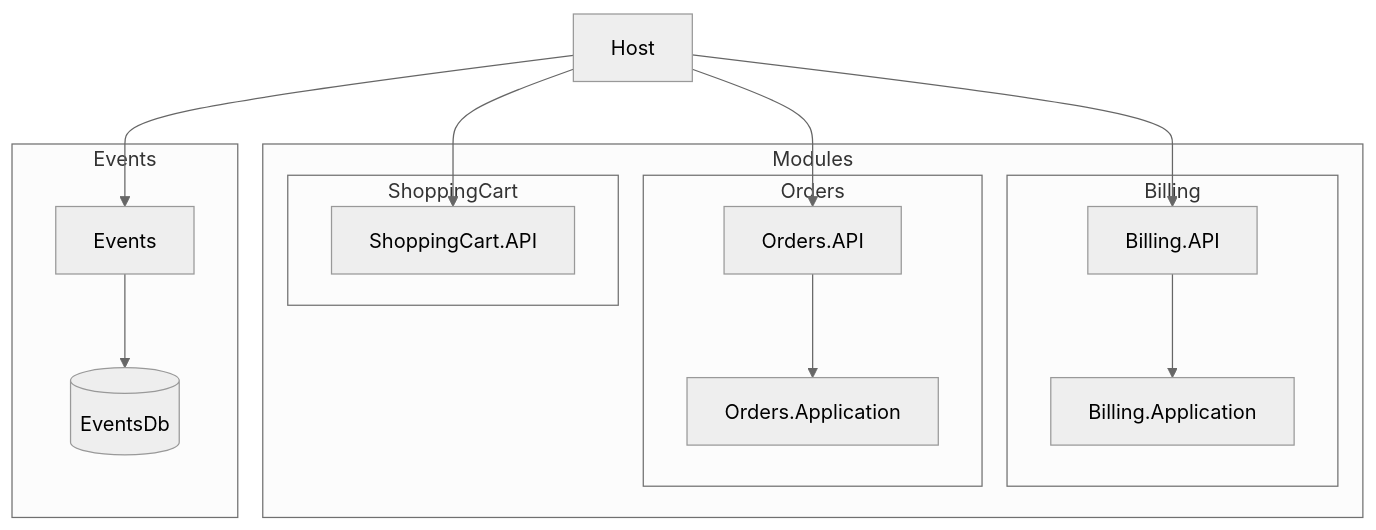
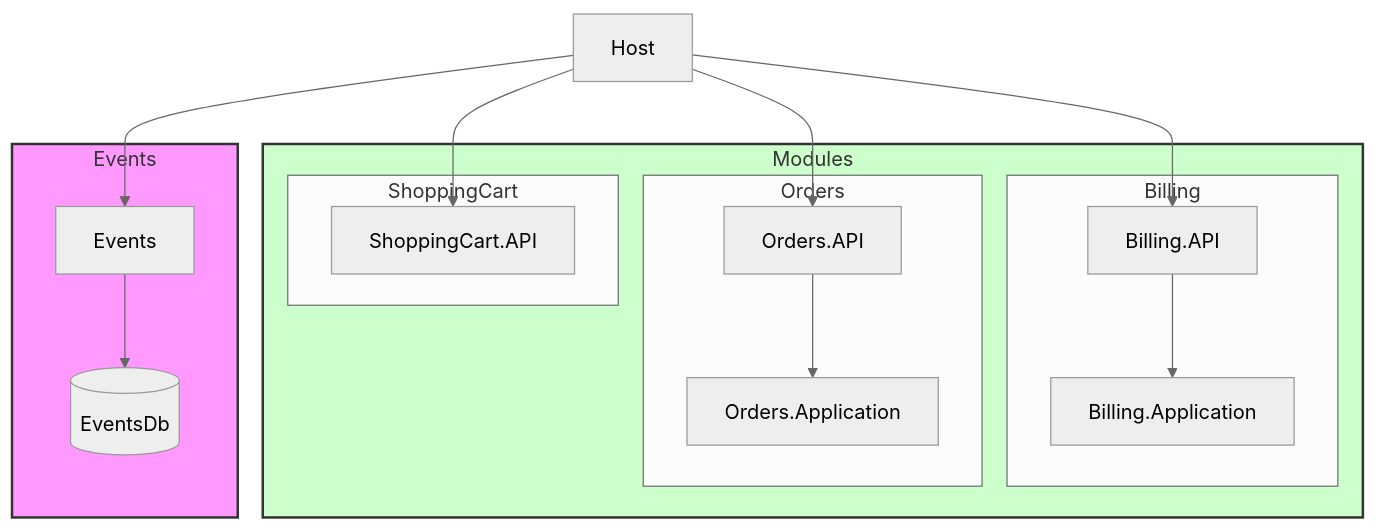
One commit to RobertoFreireDev/ECOMMERCE changed the diagram in README.md. Above: the diagram before and after it, drawn with Mermaid (neutral theme).

````diff
--- a/README.md
+++ b/README.md
@@ -1,33 +1,36 @@
 ```mermaid
 flowchart TD
     Host["Host"]
 
     subgraph Modules["Modules"]
         subgraph Billing["Billing"]
             BillingAPI["Billing.API"]
             BillingApp["Billing.Application"]
             BillingAPI --> BillingApp
         end
 
         subgraph Orders["Orders"]
             OrdersAPI["Orders.API"]
             OrdersApp["Orders.Application"]
             OrdersAPI --> OrdersApp
         end
 
         subgraph ShoppingCart["ShoppingCart"]
             CartAPI["ShoppingCart.API"]
         end
     end
 
     subgraph EventsModule["Events"]
         Events["Events"]
         EventsDb[(EventsDb)]
         Events --> EventsDb
     end
 
     Host --> BillingAPI
     Host --> OrdersAPI
     Host --> CartAPI
     Host --> Events
+
+    style EventsModule fill:#f9f,stroke:#333,stroke-width:2px
+    style Modules fill:#cfc,stroke:#333,stroke-width:2px
 ```
````
